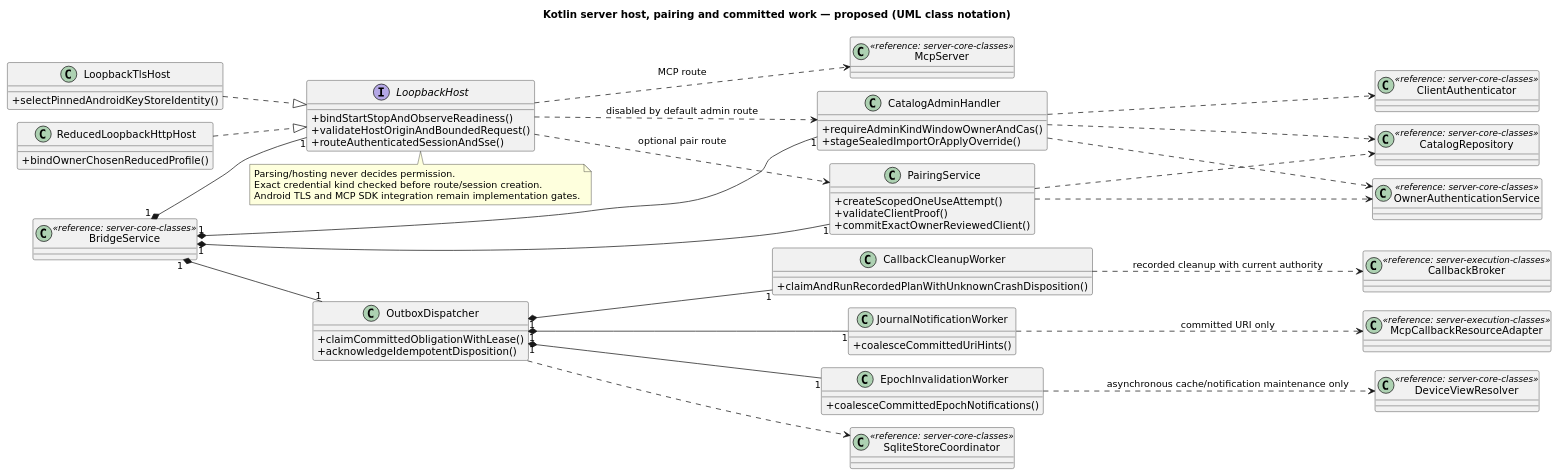
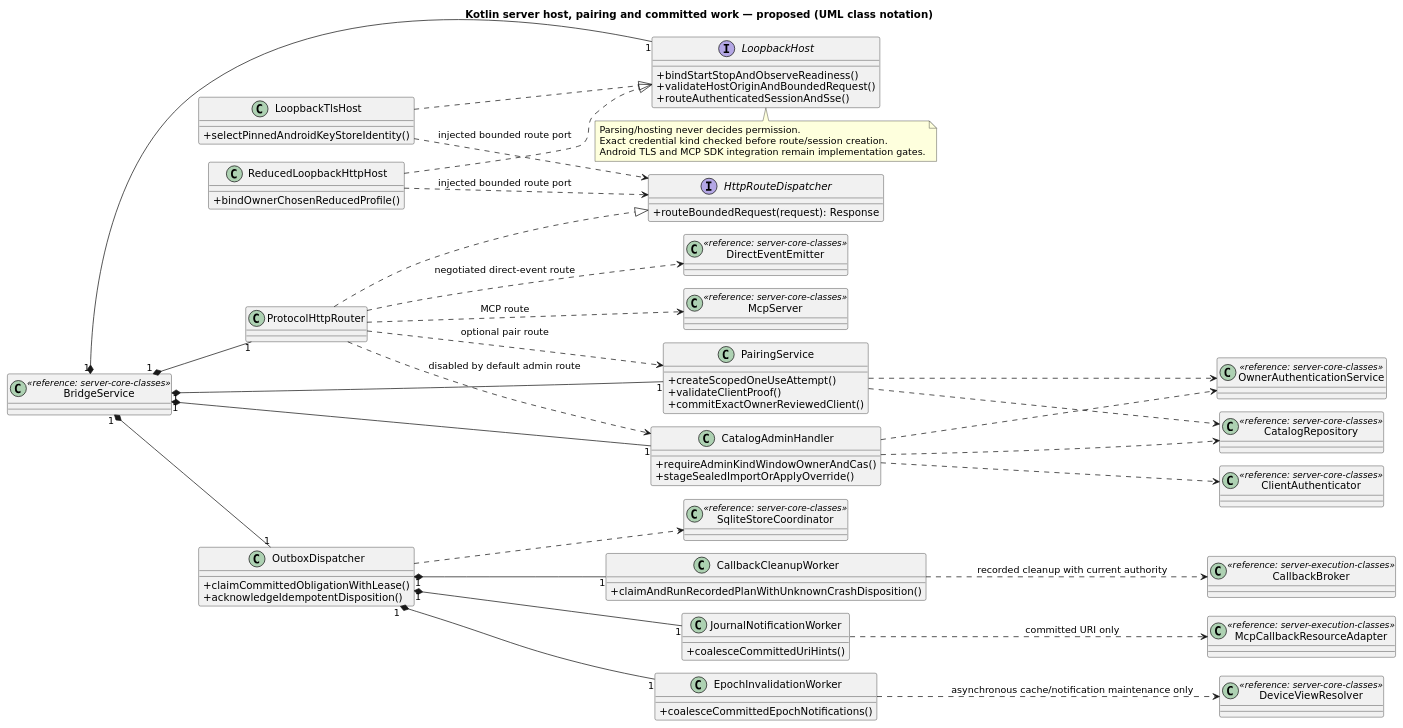
One commit to sharpninja/android-mcp changed the sixth of 6 diagrams in remediation/design-c4/architecture/code-diagrams.md. Above: the diagram before and after it, drawn with PlantUML. The commit also changed other lines of this file and 249 other files, not shown here.

```diff
--- a/remediation/design-c4/architecture/code-diagrams.md
+++ b/remediation/design-c4/architecture/code-diagrams.md
@@ -865,9 +950,19 @@
 BridgeService "1" *-- "1" PairingService
 BridgeService "1" *-- "1" CatalogAdminHandler
 BridgeService "1" *-- "1" OutboxDispatcher
-LoopbackHost ..> McpServer : MCP route
-LoopbackHost ..> PairingService : optional pair route
-LoopbackHost ..> CatalogAdminHandler : disabled by default admin route
+interface HttpRouteDispatcher {
+  +routeBoundedRequest(request): Response
+}
+class ProtocolHttpRouter
+ProtocolHttpRouter ..|> HttpRouteDispatcher
+LoopbackTlsHost ..> HttpRouteDispatcher : injected bounded route port
+ReducedLoopbackHttpHost ..> HttpRouteDispatcher : injected bounded route port
+BridgeService "1" *-- "1" ProtocolHttpRouter
+ProtocolHttpRouter ..> McpServer : MCP route
+ProtocolHttpRouter ..> PairingService : optional pair route
+ProtocolHttpRouter ..> CatalogAdminHandler : disabled by default admin route
+class DirectEventEmitter <<reference: server-core-classes>>
+ProtocolHttpRouter ..> DirectEventEmitter : negotiated direct-event route
 PairingService ..> OwnerAuthenticationService
 PairingService ..> CatalogRepository
 CatalogAdminHandler ..> ClientAuthenticator
```
